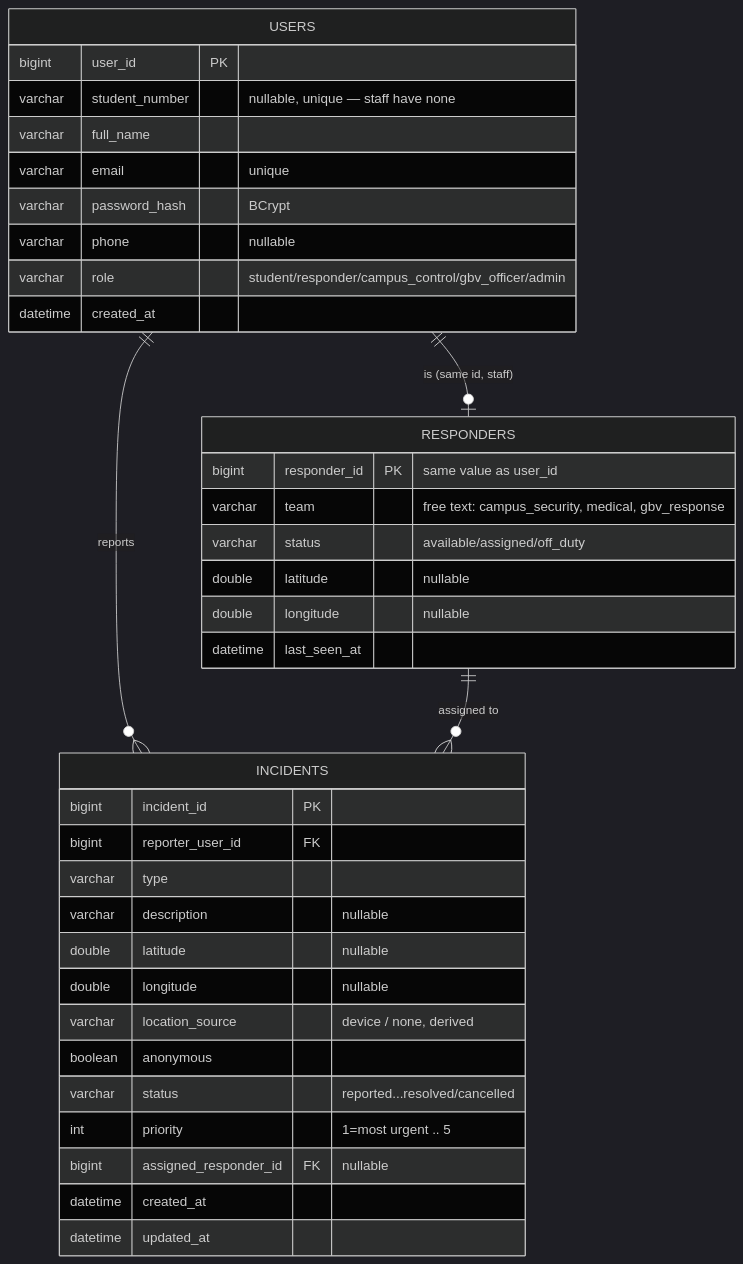
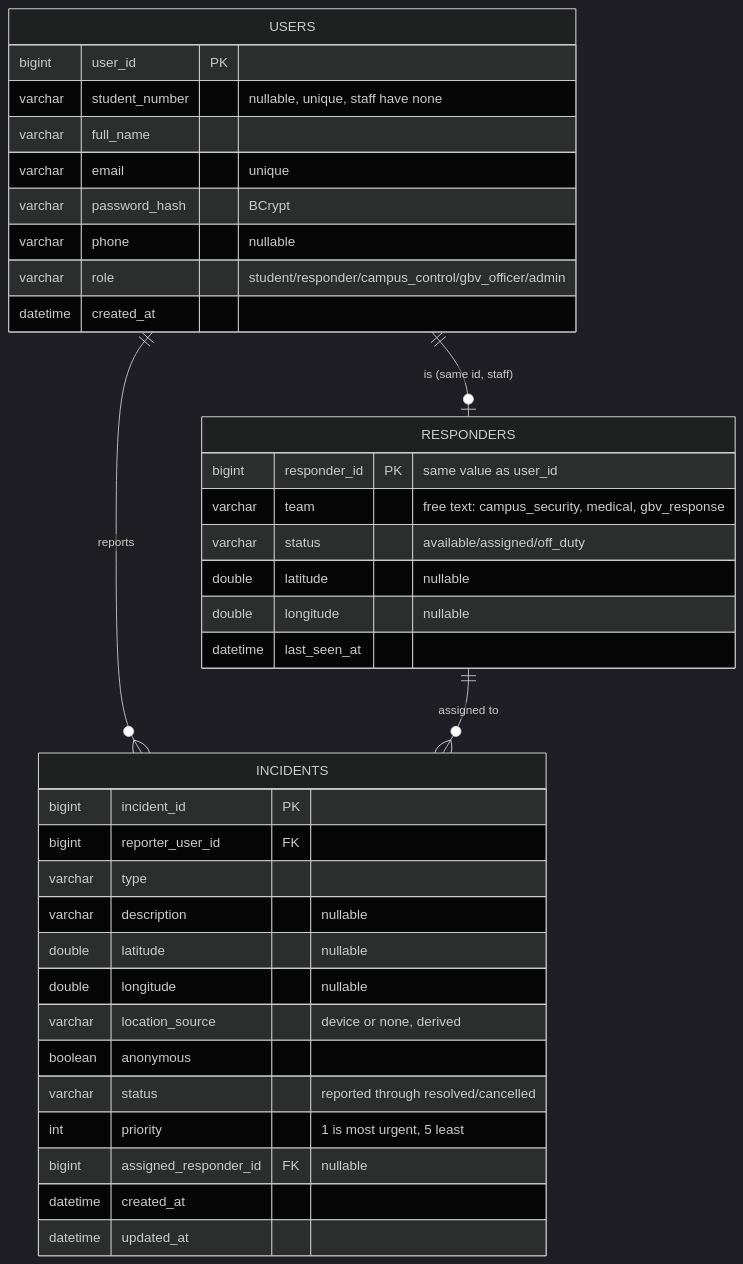
Before and after one commit to Mjubane5/ufh-safety-platform: the third of 4 diagrams in docs/PROJECT-STATUS-REPORT.md, drawn with Mermaid (dark theme). The commit also changed other lines of this file, not shown here.

````diff
--- a/docs/PROJECT-STATUS-REPORT.md
+++ b/docs/PROJECT-STATUS-REPORT.md
@@ -135,40 +142,40 @@
 ```mermaid
 erDiagram
     USERS ||--o{ INCIDENTS : reports
     USERS ||--o| RESPONDERS : "is (same id, staff)"
     RESPONDERS ||--o{ INCIDENTS : "assigned to"
 
     USERS {
         bigint user_id PK
-        varchar student_number "nullable, unique — staff have none"
+        varchar student_number "nullable, unique, staff have none"
         varchar full_name
         varchar email "unique"
         varchar password_hash "BCrypt"
         varchar phone "nullable"
         varchar role "student/responder/campus_control/gbv_officer/admin"
         datetime created_at
     }
     INCIDENTS {
         bigint incident_id PK
         bigint reporter_user_id FK
         varchar type
         varchar description "nullable"
         double latitude "nullable"
         double longitude "nullable"
-        varchar location_source "device / none, derived"
+        varchar location_source "device or none, derived"
         boolean anonymous
-        varchar status "reported...resolved/cancelled"
-        int priority "1=most urgent .. 5"
+        varchar status "reported through resolved/cancelled"
+        int priority "1 is most urgent, 5 least"
         bigint assigned_responder_id FK "nullable"
         datetime created_at
         datetime updated_at
     }
     RESPONDERS {
         bigint responder_id PK "same value as user_id"
         varchar team "free text: campus_security, medical, gbv_response"
         varchar status "available/assigned/off_duty"
         double latitude "nullable"
         double longitude "nullable"
         datetime last_seen_at
     }
 ```
````
